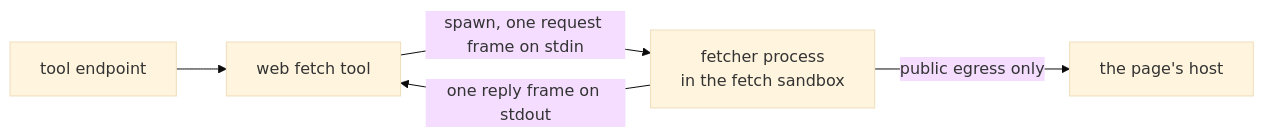
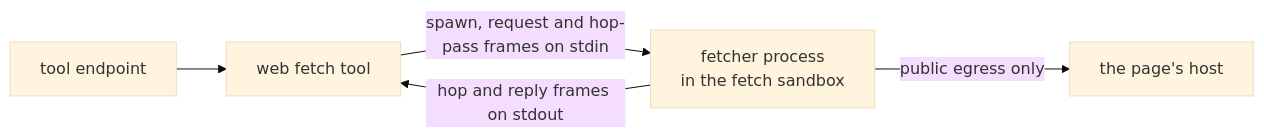
One commit to zgeoff/nixie changed the diagram in docs/architecture/connectors/web-fetch.md. Above: the diagram before and after it, drawn with Mermaid (base theme). The commit also changed other lines of this file and 31 other files, not shown here.

First line of the commit message:
docs: correct architecture docs that drifted from the code (#1551)

````diff
--- a/docs/architecture/connectors/web-fetch.md
+++ b/docs/architecture/connectors/web-fetch.md
@@ -12,7 +12,7 @@
 ```mermaid
 flowchart LR
   E["tool endpoint"] --> T["web fetch tool"]
-  T -->|"spawn, one request frame on stdin"| F["fetcher process<br>in the fetch sandbox"]
-  F -->|"one reply frame on stdout"| T
+  T -->|"spawn, request and hop-pass frames on stdin"| F["fetcher process<br>in the fetch sandbox"]
+  F -->|"hop and reply frames on stdout"| T
   F -->|"public egress only"| W["the page's host"]
 ```
````
